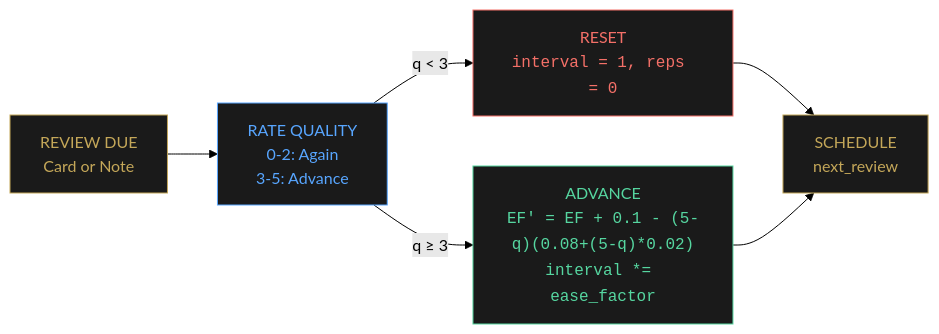
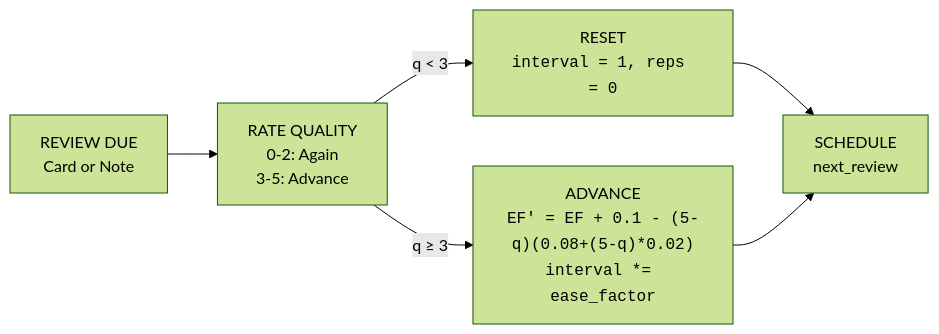
The third of 6 diagrams in content/blog/neuronic.md (hwang2409/hwang2409.github.io), drawn with Mermaid (forest theme) before and after one commit. The commit also changed other lines of this file and 12 other files, not shown here.

````diff
--- a/content/blog/neuronic.md
+++ b/content/blog/neuronic.md
@@ -152,16 +146,11 @@
 ```mermaid
 flowchart LR
     A["REVIEW DUE<br/>Card or Note"] --> B["RATE QUALITY<br/>0-2: Again<br/>3-5: Advance"]
 
     B -- "q < 3" --> C["RESET<br/><code>interval = 1, reps = 0</code>"]
     B -- "q ≥ 3" --> D["ADVANCE<br/><code>EF' = EF + 0.1 - (5-q)(0.08+(5-q)*0.02)</code><br/><code>interval *= ease_factor</code>"]
 
     C --> E["SCHEDULE<br/>next_review"]
     D --> E
 
-    style A fill:#1a1a1a,stroke:#c4a759,color:#c4a759
-    style B fill:#1a1a1a,stroke:#58a6ff,color:#58a6ff
-    style C fill:#1a1a1a,stroke:#f47068,color:#f47068
-    style D fill:#1a1a1a,stroke:#56d6a0,color:#56d6a0
-    style E fill:#1a1a1a,stroke:#c4a759,color:#c4a759
 ```
````
